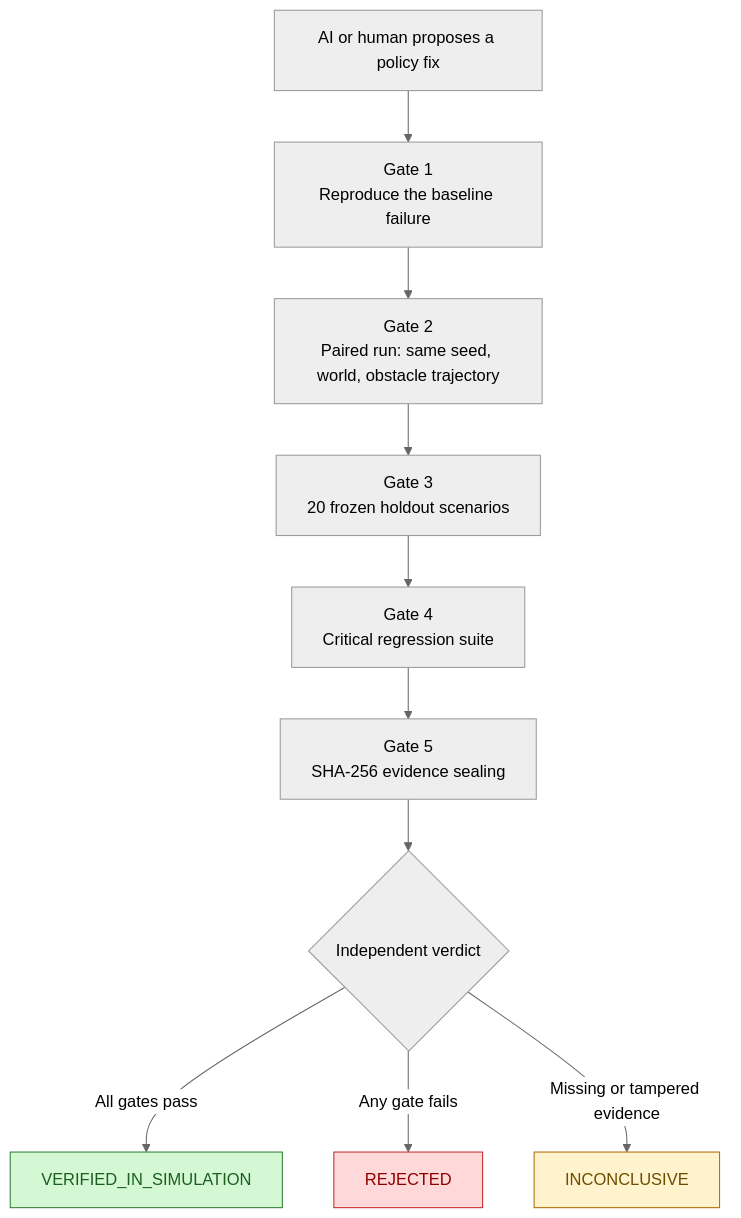
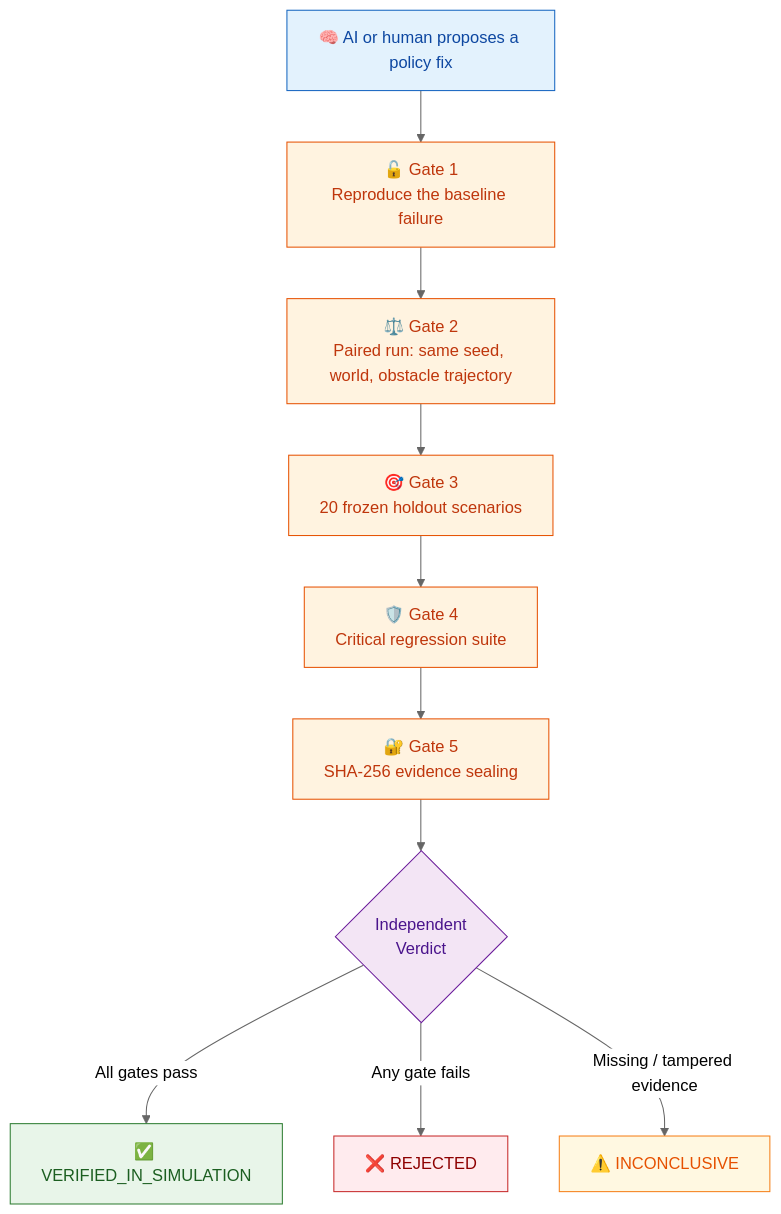
One commit to Pentexa/robowitness changed the first of 2 diagrams in README.md. Above: the diagram before and after it, drawn with Mermaid (neutral theme). The commit also changed other lines of this file and 3 other files, not shown here.

Commit message:
docs: overhaul README with modern badges and visual architecture, update scenario selector

````diff
--- a/README.md
+++ b/README.md
@@ -106,16 +175,23 @@
 ```mermaid
 flowchart TD
-    A["AI or human proposes a policy fix"] --> B["Gate 1<br/>Reproduce the baseline failure"]
-    B --> C["Gate 2<br/>Paired run: same seed, world, obstacle trajectory"]
-    C --> D["Gate 3<br/>20 frozen holdout scenarios"]
-    D --> E["Gate 4<br/>Critical regression suite"]
-    E --> F["Gate 5<br/>SHA-256 evidence sealing"]
-    F --> G{"Independent verdict"}
-    G -->|All gates pass| H["VERIFIED_IN_SIMULATION"]
-    G -->|Any gate fails| I["REJECTED"]
-    G -->|Missing or tampered evidence| J["INCONCLUSIVE"]
+    A["🧠 AI or human proposes a policy fix"] --> B["🔓 Gate 1<br/>Reproduce the baseline failure"]
+    B --> C["⚖️ Gate 2<br/>Paired run: same seed, world, obstacle trajectory"]
+    C --> D["🎯 Gate 3<br/>20 frozen holdout scenarios"]
+    D --> E["🛡️ Gate 4<br/>Critical regression suite"]
+    E --> F["🔐 Gate 5<br/>SHA-256 evidence sealing"]
+    F --> G{"Independent<br/>Verdict"}
+    G -->|All gates pass| H["✅ VERIFIED_IN_SIMULATION"]
+    G -->|Any gate fails| I["❌ REJECTED"]
+    G -->|Missing / tampered evidence| J["⚠️ INCONCLUSIVE"]
 
-    style H fill:#d4f8d4,stroke:#2e7d32,color:#1b5e20
-    style I fill:#ffd9d9,stroke:#c62828,color:#8e0000
-    style J fill:#fff3cd,stroke:#b26a00,color:#6d4c00
+    style A fill:#e3f2fd,stroke:#1565c0,color:#0d47a1
+    style B fill:#fff3e0,stroke:#e65100,color:#bf360c
+    style C fill:#fff3e0,stroke:#e65100,color:#bf360c
+    style D fill:#fff3e0,stroke:#e65100,color:#bf360c
+    style E fill:#fff3e0,stroke:#e65100,color:#bf360c
+    style F fill:#fff3e0,stroke:#e65100,color:#bf360c
+    style G fill:#f3e5f5,stroke:#6a1b9a,color:#4a148c
+    style H fill:#e8f5e9,stroke:#2e7d32,color:#1b5e20
+    style I fill:#ffebee,stroke:#c62828,color:#8e0000
+    style J fill:#fff8e1,stroke:#f57f17,color:#e65100
 ```
````
